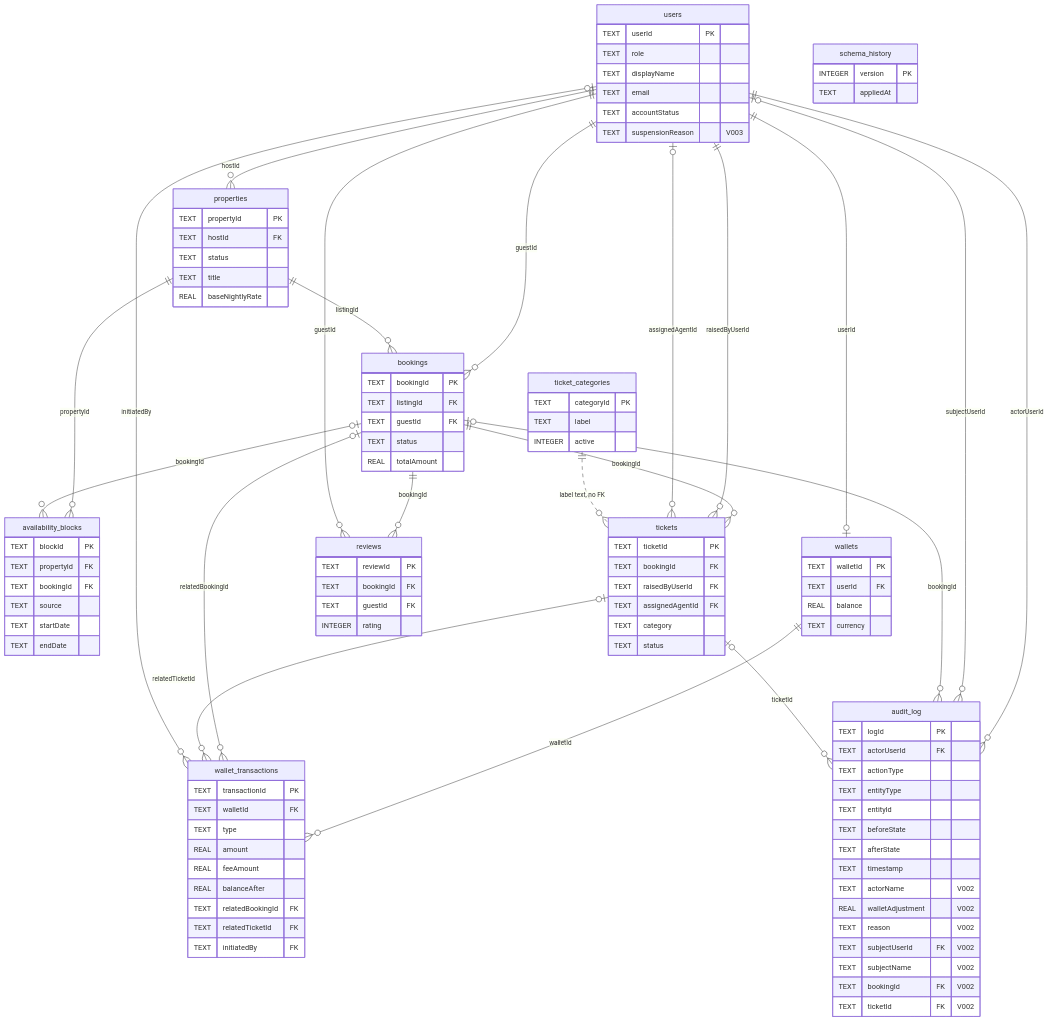
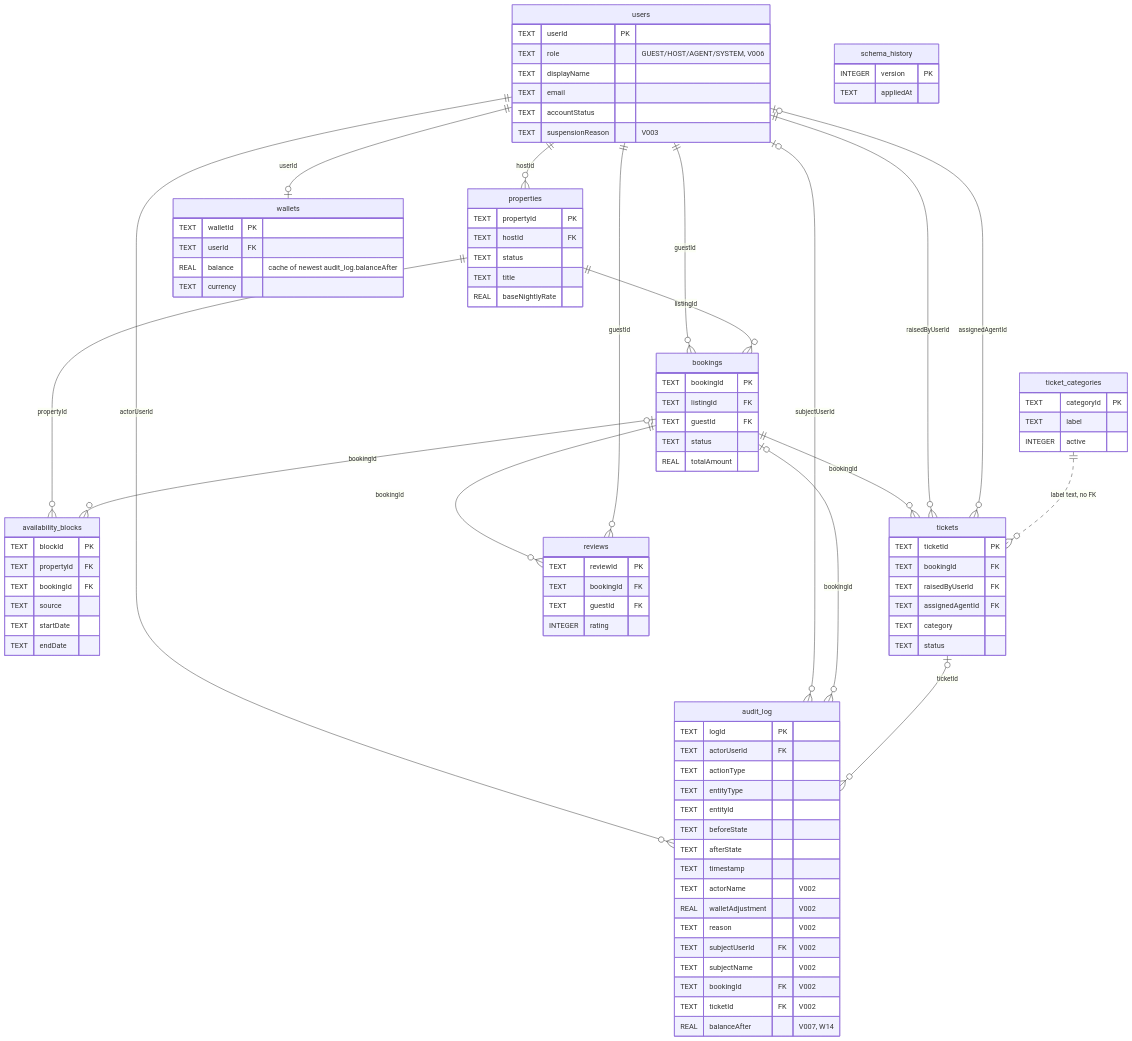
The fifth of 7 diagrams in docs/DeveloperGuide.md (CS3227-2610-MP2-SnoozeShare/CS3227-2610-MP2), drawn with Mermaid before and after one commit. The commit also changed other lines of this file and 2 other files, not shown here.

```diff
--- a/docs/DeveloperGuide.md
+++ b/docs/DeveloperGuide.md
@@ -746,7 +756,7 @@
 erDiagram
   users {
     TEXT userId PK
-    TEXT role
+    TEXT role "GUEST/HOST/AGENT/SYSTEM, V006"
     TEXT displayName
     TEXT email
     TEXT accountStatus
@@ -777,19 +787,8 @@
   wallets {
     TEXT walletId PK
     TEXT userId FK
-    REAL balance
+    REAL balance "cache of newest audit_log.balanceAfter"
     TEXT currency
-  }
-  wallet_transactions {
-    TEXT transactionId PK
-    TEXT walletId FK
-    TEXT type
-    REAL amount
-    REAL feeAmount
-    REAL balanceAfter
-    TEXT relatedBookingId FK
-    TEXT relatedTicketId FK
-    TEXT initiatedBy FK
   }
   ticket_categories {
     TEXT categoryId PK
@@ -826,6 +825,7 @@
     TEXT subjectName "V002"
     TEXT bookingId FK "V002"
     TEXT ticketId FK "V002"
+    REAL balanceAfter "V007, W14"
   }
   schema_history {
     INTEGER version PK
@@ -837,10 +837,6 @@
   properties ||--o{ availability_blocks : "propertyId"
   bookings |o--o{ availability_blocks : "bookingId"
   users ||--o| wallets : "userId"
-  wallets ||--o{ wallet_transactions : "walletId"
-  bookings |o--o{ wallet_transactions : "relatedBookingId"
-  tickets |o--o{ wallet_transactions : "relatedTicketId"
-  users |o--o{ wallet_transactions : "initiatedBy"
   bookings ||--o{ tickets : "bookingId"
   users ||--o{ tickets : "raisedByUserId"
   users |o--o{ tickets : "assignedAgentId"
```
